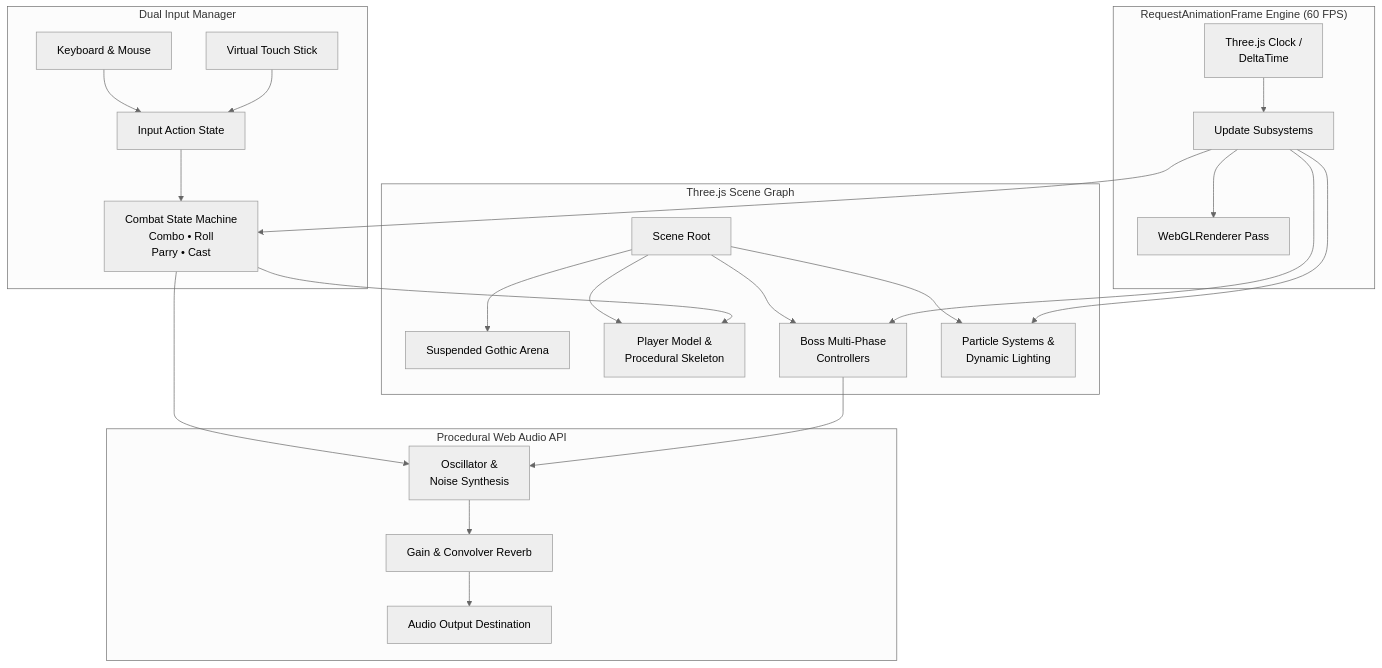
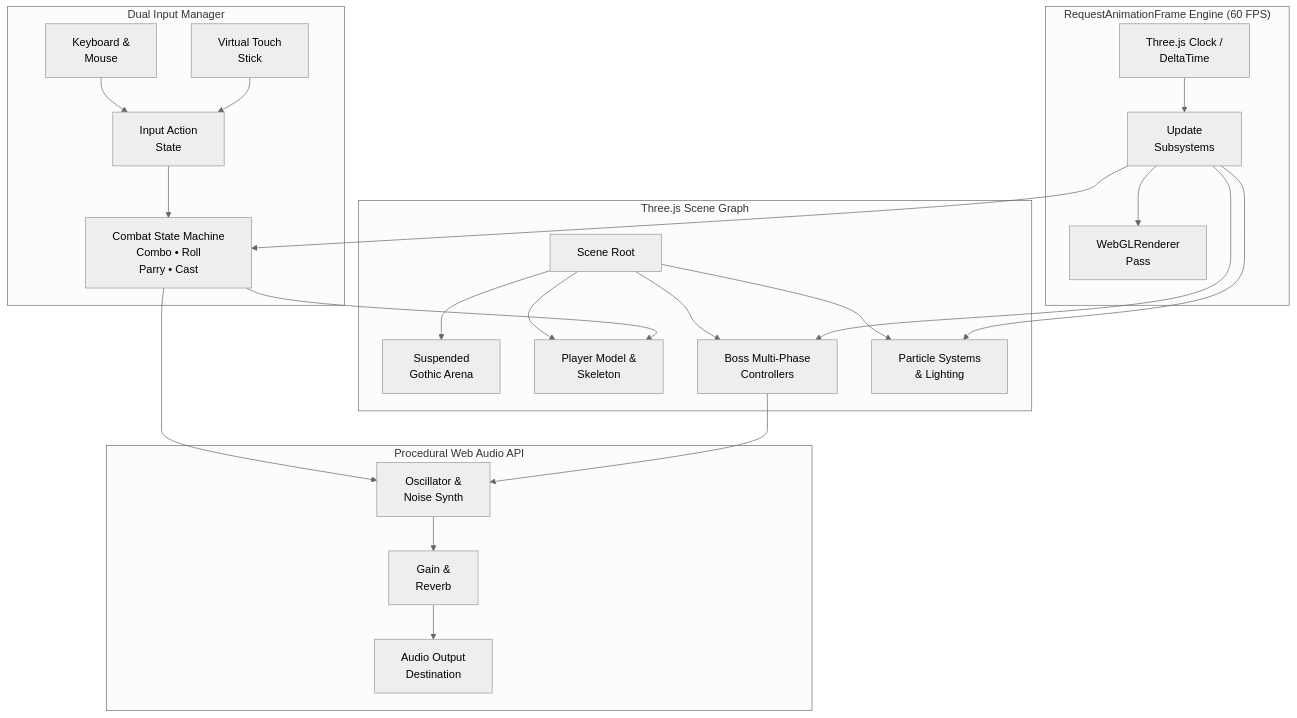
The diagram in README.md (ISBANDURAHUMAN-R/3D-ARENA), drawn with Mermaid (neutral theme) before and after one commit.

Commit message:
docs: fix Mermaid label truncation with line wrapping and non-clipping padding

````diff
--- a/README.md
+++ b/README.md
@@ -20,32 +20,32 @@
 ```mermaid
 graph TD
-    subgraph CoreLoop ["RequestAnimationFrame Engine (60 FPS)"]
-        Clock["Three.js Clock /<br/>DeltaTime"] --> Update["Update Subsystems"]
-        Update --> Render["WebGLRenderer Pass"]
+    subgraph CoreLoop ["&nbsp; RequestAnimationFrame Engine (60 FPS) &nbsp;"]
+        Clock["&nbsp; Three.js Clock / &nbsp;<br/>&nbsp; DeltaTime &nbsp;"] --> Update["&nbsp; Update &nbsp;<br/>&nbsp; Subsystems &nbsp;"]
+        Update --> Render["&nbsp; WebGLRenderer &nbsp;<br/>&nbsp; Pass &nbsp;"]
     end
 
-    subgraph InputState ["Dual Input Manager"]
-        Keyb["Keyboard & Mouse"] --> InputBus["Input Action State"]
-        Touch["Virtual Touch Stick"] --> InputBus
-        InputBus --> CombatSM["Combat State Machine<br/>Combo • Roll<br/>Parry • Cast"]
+    subgraph InputState ["&nbsp; Dual Input Manager &nbsp;"]
+        Keyb["&nbsp; Keyboard &amp; &nbsp;<br/>&nbsp; Mouse &nbsp;"] --> InputBus["&nbsp; Input Action &nbsp;<br/>&nbsp; State &nbsp;"]
+        Touch["&nbsp; Virtual Touch &nbsp;<br/>&nbsp; Stick &nbsp;"] --> InputBus
+        InputBus --> CombatSM["&nbsp; Combat State Machine &nbsp;<br/>&nbsp; Combo • Roll &nbsp;<br/>&nbsp; Parry • Cast &nbsp;"]
     end
 
-    subgraph WorldScene ["Three.js Scene Graph"]
-        Scene["Scene Root"] --> Arena["Suspended Gothic Arena"]
-        Scene --> Knight["Player Model &<br/>Procedural Skeleton"]
-        Scene --> Bosses["Boss Multi-Phase<br/>Controllers"]
-        Scene --> FX["Particle Systems &<br/>Dynamic Lighting"]
+    subgraph WorldScene ["&nbsp; Three.js Scene Graph &nbsp;"]
+        Scene["&nbsp; Scene Root &nbsp;"] --> Arena["&nbsp; Suspended &nbsp;<br/>&nbsp; Gothic Arena &nbsp;"]
+        Scene --> Knight["&nbsp; Player Model &amp; &nbsp;<br/>&nbsp; Skeleton &nbsp;"]
+        Scene --> Bosses["&nbsp; Boss Multi-Phase &nbsp;<br/>&nbsp; Controllers &nbsp;"]
+        Scene --> FX["&nbsp; Particle Systems &nbsp;<br/>&nbsp; &amp; Lighting &nbsp;"]
     end
 
-    subgraph AudioEngine ["Procedural Web Audio API"]
-        CombatSM --> Synth["Oscillator &<br/>Noise Synthesis"]
+    subgraph AudioEngine ["&nbsp; Procedural Web Audio API &nbsp;"]
+        CombatSM --> Synth["&nbsp; Oscillator &amp; &nbsp;<br/>&nbsp; Noise Synth &nbsp;"]
         Bosses --> Synth
-        Synth --> Gain["Gain & Convolver Reverb"]
-        Gain --> Destination["Audio Output Destination"]
+        Synth --> Gain["&nbsp; Gain &amp; &nbsp;<br/>&nbsp; Reverb &nbsp;"]
+        Gain --> Destination["&nbsp; Audio Output &nbsp;<br/>&nbsp; Destination &nbsp;"]
     end
 
     CombatSM --> Knight
     Update --> CombatSM
     Update --> Bosses
     Update --> FX
 ```
````
